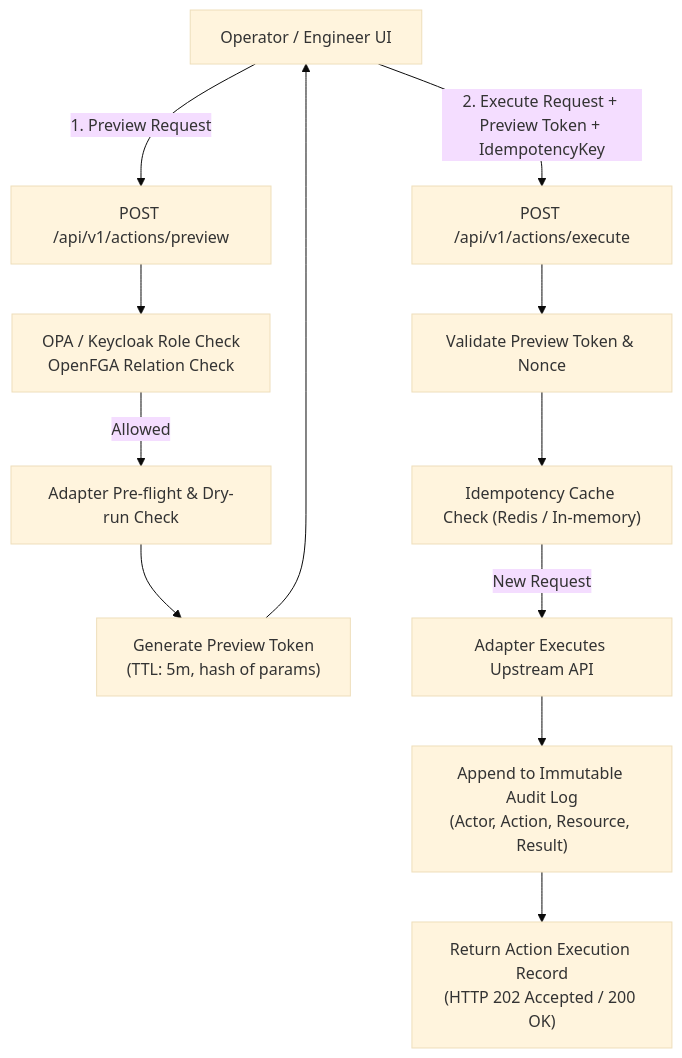
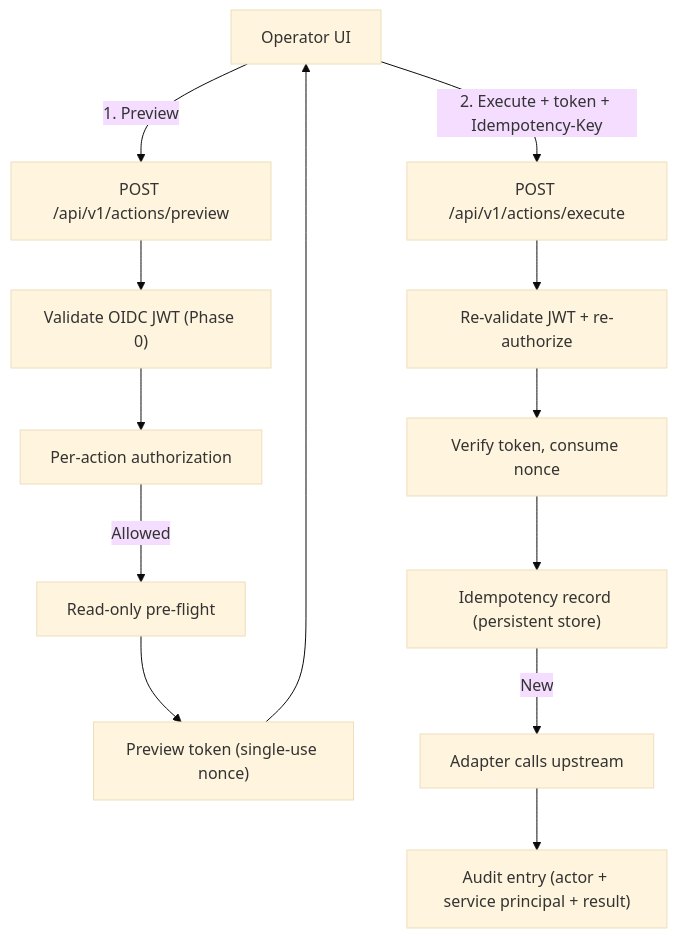
Before and after one commit to dasomel/beluga-manager: the diagram in docs/adr/0006-safe-actions.md, drawn with Mermaid (base theme). The commit also changed other lines of this file and 3 other files, not shown here.

````diff
--- a/docs/adr/0006-safe-actions.md
+++ b/docs/adr/0006-safe-actions.md
@@ -107,14 +108,15 @@
 ```mermaid
 flowchart TD
-    User["Operator / Engineer UI"] -->|1. Preview Request| Preview["POST /api/v1/actions/preview"]
-    Preview --> AuthCheck["OPA / Keycloak Role Check\nOpenFGA Relation Check"]
-    AuthCheck -->|Allowed| Preflight["Adapter Pre-flight & Dry-run Check"]
-    Preflight --> TokenGen["Generate Preview Token\n(TTL: 5m, hash of params)"]
-    TokenGen --> User
-    User -->|2. Execute Request + Preview Token + IdempotencyKey| Exec["POST /api/v1/actions/execute"]
-    Exec --> TokenVal["Validate Preview Token & Nonce"]
-    TokenVal --> IdempCheck["Idempotency Cache Check (Redis / In-memory)"]
-    IdempCheck -->|New Request| AdapterExec["Adapter Executes Upstream API"]
-    AdapterExec --> AuditLog["Append to Immutable Audit Log\n(Actor, Action, Resource, Result)"]
-    AuditLog --> Response["Return Action Execution Record\n(HTTP 202 Accepted / 200 OK)"]
+    User["Operator UI"] -->|1. Preview| Preview["POST /api/v1/actions/preview"]
+    Preview --> Authn["Validate OIDC JWT (Phase 0)"]
+    Authn --> Authz["Per-action authorization"]
+    Authz -->|Allowed| Preflight["Read-only pre-flight"]
+    Preflight --> Token["Preview token (single-use nonce)"]
+    Token --> User
+    User -->|2. Execute + token + Idempotency-Key| Exec["POST /api/v1/actions/execute"]
+    Exec --> Reauth["Re-validate JWT + re-authorize"]
+    Reauth --> TokenVal["Verify token, consume nonce"]
+    TokenVal --> Idem["Idempotency record (persistent store)"]
+    Idem -->|New| Adapter["Adapter calls upstream"]
+    Adapter --> Audit["Audit entry (actor + service principal + result)"]
 ```
````
